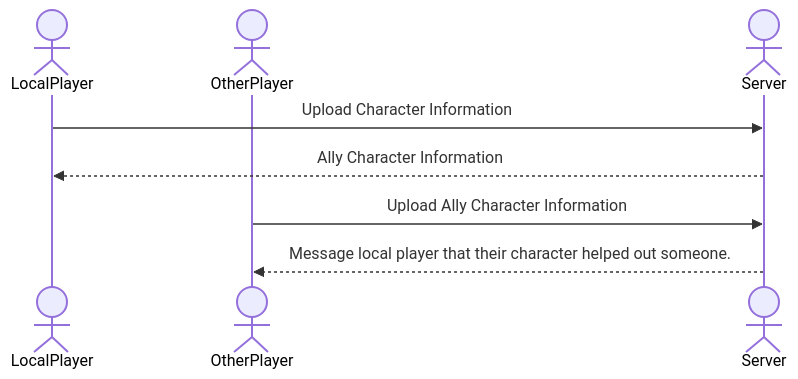
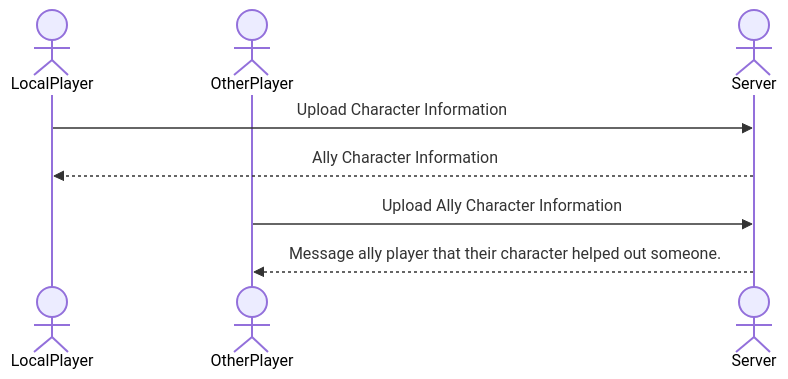
One commit to Gfniblib/Startup changed the diagram in README.md. Above: the diagram before and after it, drawn with Mermaid.

Commit message:
Fixing a typo in the sequence diagram

````diff
--- a/README.md
+++ b/README.md
@@ -17,10 +17,10 @@
 ```mermaid
 sequenceDiagram
     actor LocalPlayer
     actor OtherPlayer
     actor Server
     LocalPlayer->>Server: Upload Character Information
     Server-->>LocalPlayer: Ally Character Information
     OtherPlayer->>Server: Upload Ally Character Information
-    Server-->>OtherPlayer: Message local player that their character helped out someone.
+    Server-->>OtherPlayer: Message ally player that their character helped out someone.
 ```
````
